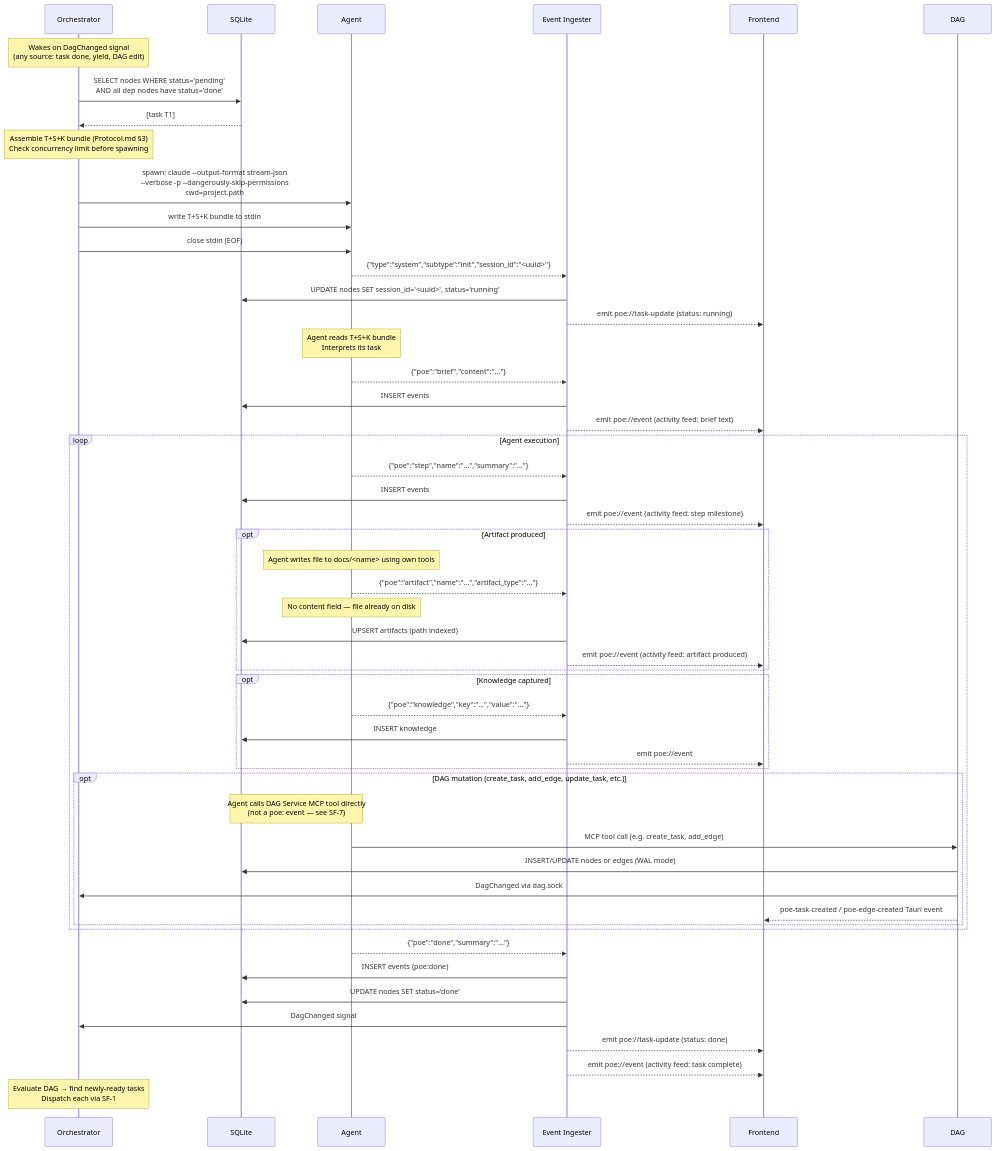
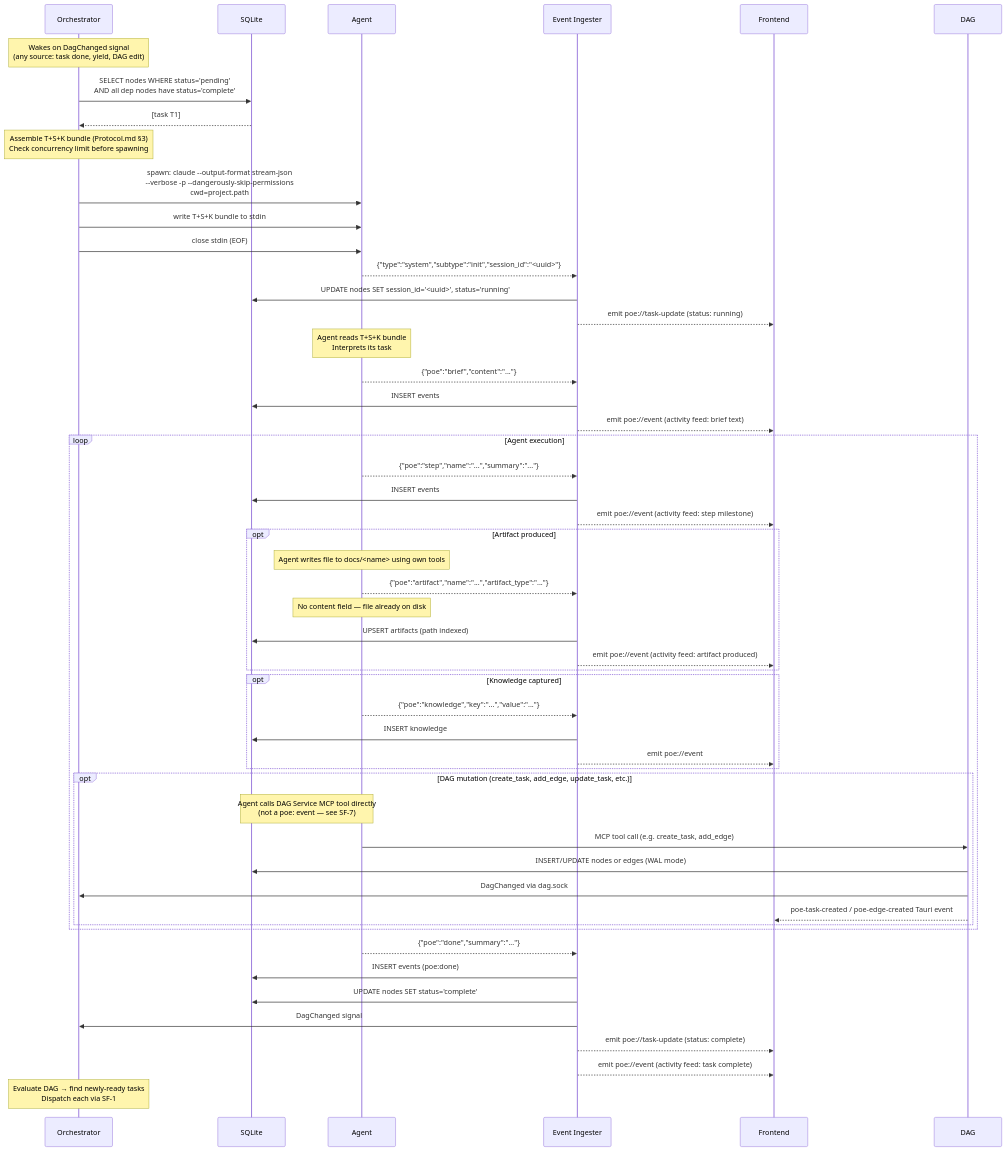
The third of 10 diagrams in doc-POE/Flows.md (grant-traynor/bp6), drawn with Mermaid before and after one commit. The commit also changed other lines of this file and 1 other file, not shown here.

First line of the commit message:
fix(docs): replace status='done' with status='complete' throughout

````diff
--- a/doc-POE/Flows.md
+++ b/doc-POE/Flows.md
@@ -714,66 +714,66 @@
 ```mermaid
 sequenceDiagram
     participant Orch as Orchestrator
     participant DB as SQLite
     participant A as Agent
     participant Ing as Event Ingester
     participant FE as Frontend
 
     Note over Orch: Wakes on DagChanged signal<br/>(any source: task done, yield, DAG edit)
 
-    Orch->>DB: SELECT nodes WHERE status='pending'<br/>AND all dep nodes have status='done'
+    Orch->>DB: SELECT nodes WHERE status='pending'<br/>AND all dep nodes have status='complete'
     DB-->>Orch: [task T1]
 
     Note over Orch: Assemble T+S+K bundle (Protocol.md §3)<br/>Check concurrency limit before spawning
 
     Orch->>A: spawn: claude --output-format stream-json<br/>--verbose -p --dangerously-skip-permissions<br/>cwd=project.path
     Orch->>A: write T+S+K bundle to stdin
     Orch->>A: close stdin (EOF)
 
     A-->>Ing: {"type":"system","subtype":"init","session_id":"<uuid>"}
     Ing->>DB: UPDATE nodes SET session_id='<uuid>', status='running'
     Ing-->>FE: emit poe://task-update (status: running)
 
     Note over A: Agent reads T+S+K bundle<br/>Interprets its task
 
     A-->>Ing: {"poe":"brief","content":"..."}
     Ing->>DB: INSERT events
     Ing-->>FE: emit poe://event (activity feed: brief text)
 
     loop Agent execution
         A-->>Ing: {"poe":"step","name":"...","summary":"..."}
         Ing->>DB: INSERT events
         Ing-->>FE: emit poe://event (activity feed: step milestone)
 
         opt Artifact produced
             Note over A: Agent writes file to docs/<name> using own tools
             A-->>Ing: {"poe":"artifact","name":"...","artifact_type":"..."}
             Note over A: No content field — file already on disk
             Ing->>DB: UPSERT artifacts (path indexed)
             Ing-->>FE: emit poe://event (activity feed: artifact produced)
         end
 
         opt Knowledge captured
             A-->>Ing: {"poe":"knowledge","key":"...","value":"..."}
             Ing->>DB: INSERT knowledge
             Ing-->>FE: emit poe://event
         end
 
         opt DAG mutation (create_task, add_edge, update_task, etc.)
             Note over A,DB: Agent calls DAG Service MCP tool directly<br/>(not a poe: event — see SF-7)
             A->>DAG: MCP tool call (e.g. create_task, add_edge)
             DAG->>DB: INSERT/UPDATE nodes or edges (WAL mode)
             DAG->>Orch: DagChanged via dag.sock
             DAG-->>FE: poe-task-created / poe-edge-created Tauri event
         end
     end
 
     A-->>Ing: {"poe":"done","summary":"..."}
     Ing->>DB: INSERT events (poe:done)
-    Ing->>DB: UPDATE nodes SET status='done'
+    Ing->>DB: UPDATE nodes SET status='complete'
     Ing->>Orch: DagChanged signal
-    Ing-->>FE: emit poe://task-update (status: done)
+    Ing-->>FE: emit poe://task-update (status: complete)
     Ing-->>FE: emit poe://event (activity feed: task complete)
 
     Note over Orch: Evaluate DAG → find newly-ready tasks<br/>Dispatch each via SF-1
 ```
````
